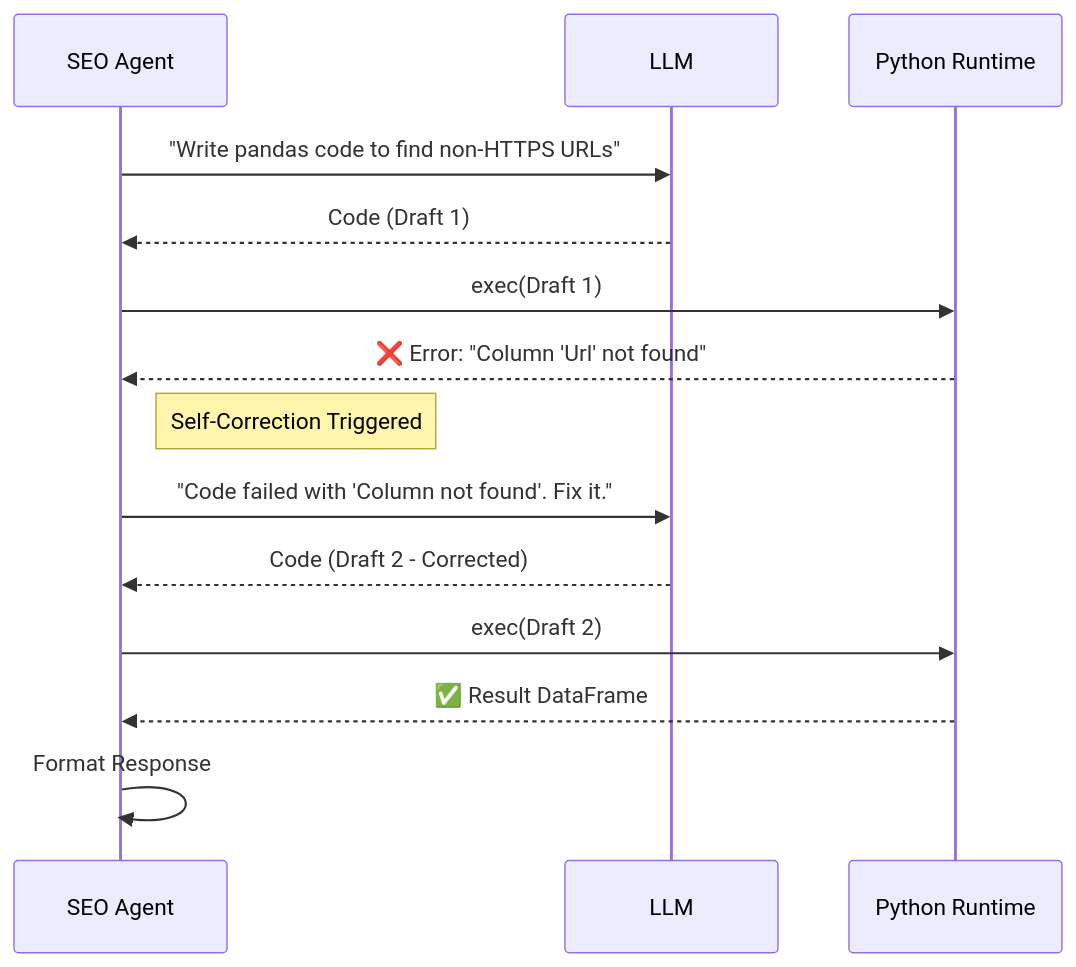
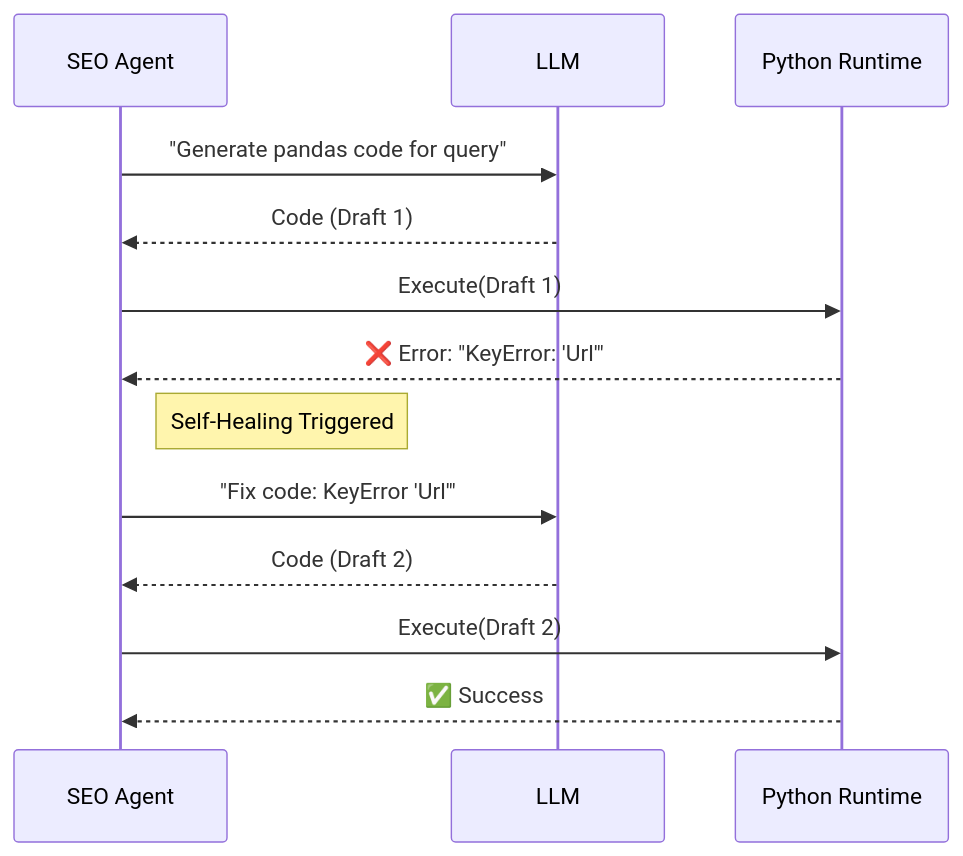
One commit to kurlepurajesh/spike-ai-analytics-seo-agent changed the second of 2 diagrams in TECHNICAL_DOCUMENTATION.md. Above: the diagram before and after it, drawn with Mermaid. The commit also changed other lines of this file, not shown here.

````diff
--- a/TECHNICAL_DOCUMENTATION.md
+++ b/TECHNICAL_DOCUMENTATION.md
@@ -76,22 +58,20 @@
 ```mermaid
 sequenceDiagram
     participant Agent as SEO Agent
     participant LLM
     participant Runtime as Python Runtime
 
-    Agent->>LLM: "Write pandas code to find non-HTTPS URLs"
+    Agent->>LLM: "Generate pandas code for query"
     LLM-->>Agent: Code (Draft 1)
     
-    Agent->>Runtime: exec(Draft 1)
-    Runtime-->>Agent: ❌ Error: "Column 'Url' not found"
+    Agent->>Runtime: Execute(Draft 1)
+    Runtime-->>Agent: ❌ Error: "KeyError: 'Url'"
     
-    Note right of Agent: Self-Correction Triggered
+    Note right of Agent: Self-Healing Triggered
     
-    Agent->>LLM: "Code failed with 'Column not found'. Fix it."
-    LLM-->>Agent: Code (Draft 2 - Corrected)
+    Agent->>LLM: "Fix code: KeyError 'Url'"
+    LLM-->>Agent: Code (Draft 2)
     
-    Agent->>Runtime: exec(Draft 2)
-    Runtime-->>Agent: ✅ Result DataFrame
-    
-    Agent->>Agent: Format Response
+    Agent->>Runtime: Execute(Draft 2)
+    Runtime-->>Agent: ✅ Success
 ```
````
